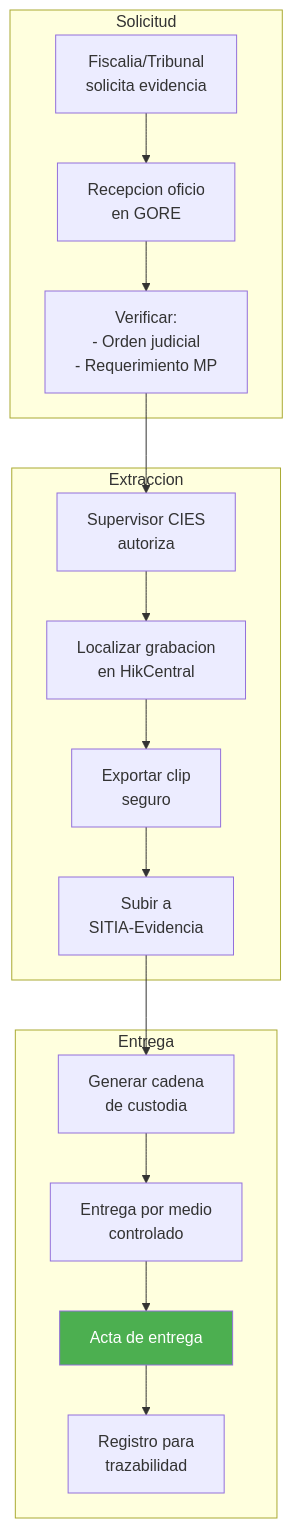
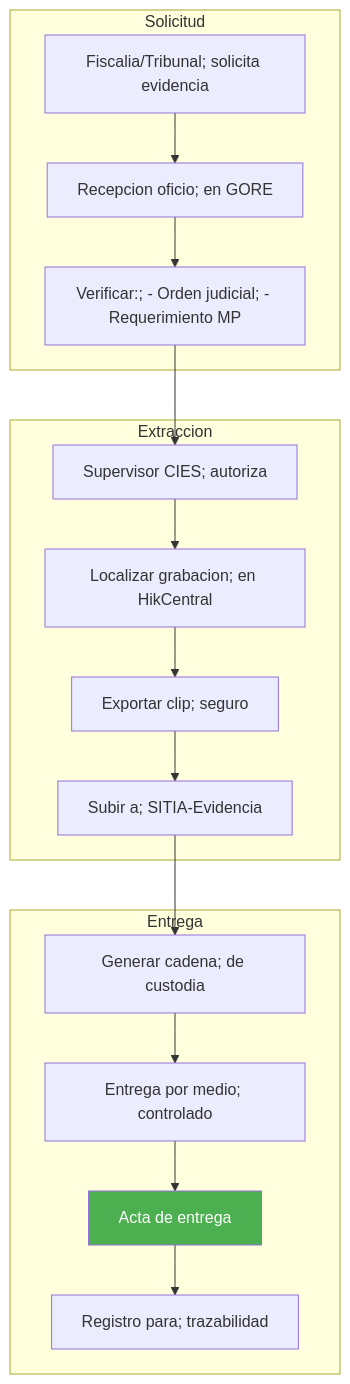
The fourth of 8 diagrams in KNOWLEDGE/gn/kb/bpmn-cies-sitia.md (felix-antonio-sl/kora), drawn with Mermaid before and after one commit. The commit also changed other lines of this file and 1034 other files, not shown here.

````diff
--- a/KNOWLEDGE/gn/kb/bpmn-cies-sitia.md
+++ b/KNOWLEDGE/gn/kb/bpmn-cies-sitia.md
@@ -138,26 +147,26 @@
 ```mermaid
 flowchart TD
-    subgraph SOLICITUD["Solicitud"]
-        A["Fiscalia/Tribunal<br/>solicita evidencia"]
-        B["Recepcion oficio<br/>en GORE"]
-        C["Verificar:<br/>- Orden judicial<br/>- Requerimiento MP"]
-    end
+ subgraph SOLICITUD["Solicitud"]
+ A["Fiscalia/Tribunal; solicita evidencia"]
+ B["Recepcion oficio; en GORE"]
+ C["Verificar:; - Orden judicial; - Requerimiento MP"]
+ end
 
-    subgraph EXTRACCION["Extraccion"]
-        D["Supervisor CIES<br/>autoriza"]
-        E["Localizar grabacion<br/>en HikCentral"]
-        F["Exportar clip<br/>seguro"]
-        G["Subir a<br/>SITIA-Evidencia"]
-    end
+ subgraph EXTRACCION["Extraccion"]
+ D["Supervisor CIES; autoriza"]
+ E["Localizar grabacion; en HikCentral"]
+ F["Exportar clip; seguro"]
+ G["Subir a; SITIA-Evidencia"]
+ end
 
-    subgraph ENTREGA["Entrega"]
-        H["Generar cadena<br/>de custodia"]
-        I["Entrega por medio<br/>controlado"]
-        J["Acta de entrega"]
-        K["Registro para<br/>trazabilidad"]
-    end
+ subgraph ENTREGA["Entrega"]
+ H["Generar cadena; de custodia"]
+ I["Entrega por medio; controlado"]
+ J["Acta de entrega"]
+ K["Registro para; trazabilidad"]
+ end
 
-    A --> B --> C --> D --> E --> F --> G --> H --> I --> J --> K
+ A --> B --> C --> D --> E --> F --> G --> H --> I --> J --> K
 
-    style J fill:#4CAF50,color:#fff
+ style J fill:#4CAF50,color:#fff
 ```
````
